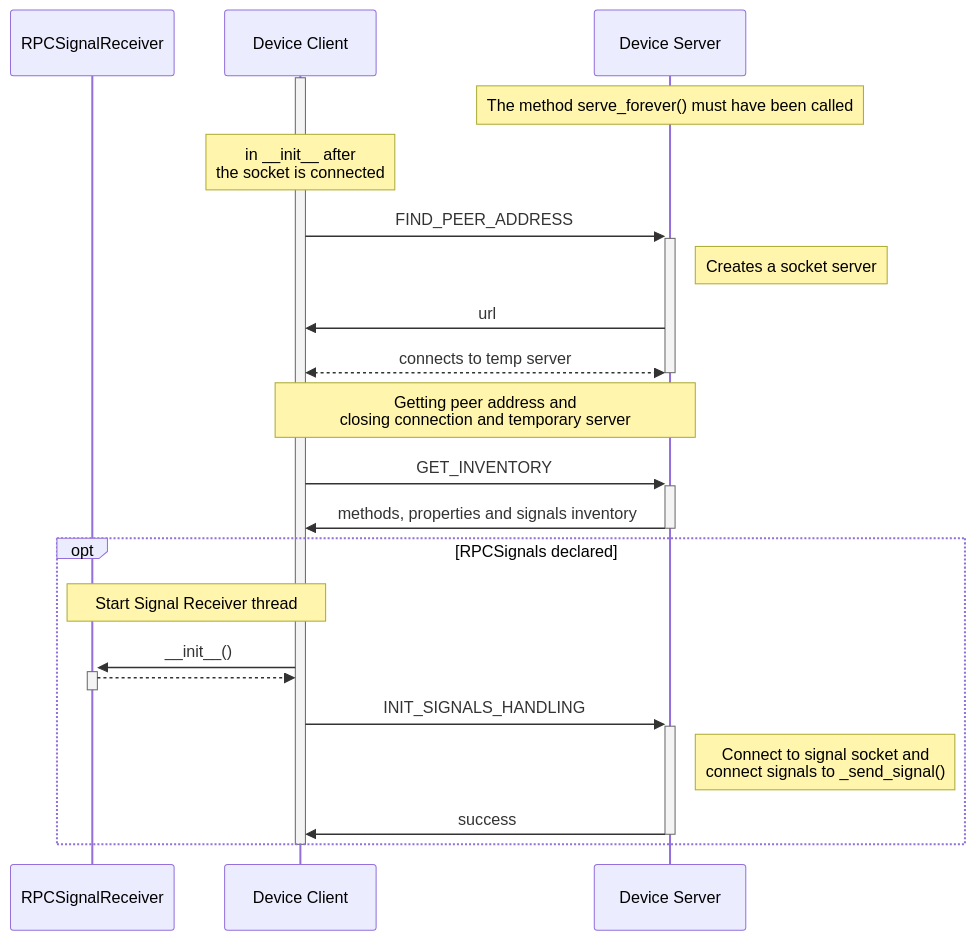
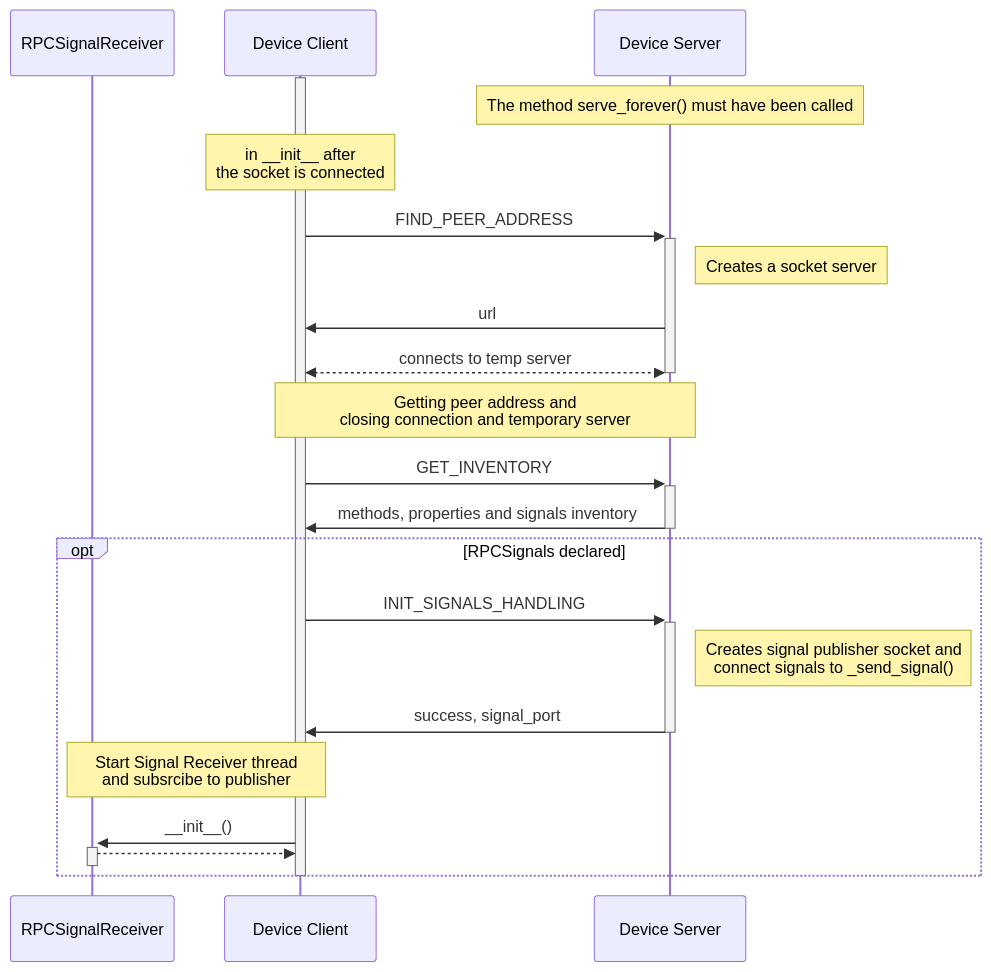
The second of 6 diagrams in docs/developer/RPC.md (romi/Plant-Imager3), drawn with Mermaid before and after one commit. The commit also changed other lines of this file and 1 other file, not shown here.

First line of the commit message:
Refactor `RPC.py` signal handling and transition to publisher-subscriber model

````diff
--- a/docs/developer/RPC.md
+++ b/docs/developer/RPC.md
@@ -101,32 +101,32 @@
 ```mermaid
 sequenceDiagram
     participant signal_recv as RPCSignalReceiver
     participant client as Device Client
     participant server as Device Server
     activate client
     Note over server: The method serve_forever() must have been called
     Note over client: in __init__ after <br/> the socket is connected
     client->>+server: FIND_PEER_ADDRESS
     Note right of server: Creates a socket server
     server->>client: url
     client<<-->>server: connects to temp server
     deactivate server
     
     
     Note over client,server: Getting peer address and <br/> closing connection and temporary server
     client->>+server: GET_INVENTORY
     server->>-client: methods, properties and signals inventory
 
     opt RPCSignals declared
-    Note over signal_recv, client: Start Signal Receiver thread
+    client->>+server: INIT_SIGNALS_HANDLING
+    Note right of server: Creates signal publisher socket and <br/> connect signals to _send_signal()
+    server->>-client: success, signal_port
+    Note over signal_recv, client: Start Signal Receiver thread <br/> and subsrcibe to publisher
     client->>+signal_recv: __init__()
     signal_recv-->>-client: 
-    client->>+server: INIT_SIGNALS_HANDLING
-    Note right of server: Connect to signal socket and <br/> connect signals to _send_signal()
-    server->>-client: success
 
     end
 
     deactivate client
 
 ```
````
